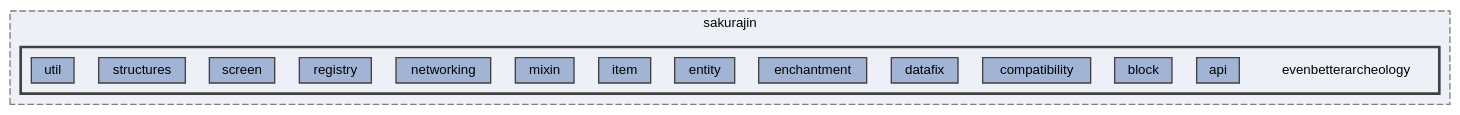
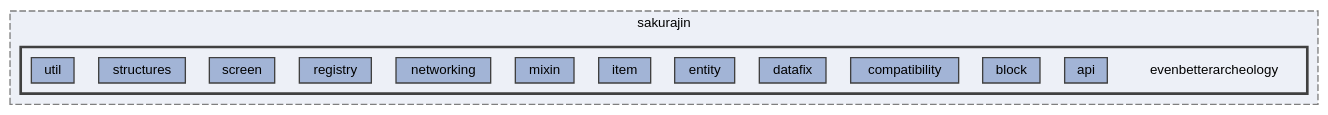
One commit to noah1510/EvenBetterArcheology changed the diagram in dir_4459306ccf045a10653468607035c2c5_dep.dot. Above: the diagram before and after it, drawn with Graphviz. The commit also changed 197 other files, not shown here.

```diff
--- a/dir_4459306ccf045a10653468607035c2c5_dep.dot
+++ b/dir_4459306ccf045a10653468607035c2c5_dep.dot
@@ -1,28 +1,27 @@
 digraph "evenbetterarcheology"
 {
  // LATEX_PDF_SIZE
   bgcolor="transparent";
   edge [fontname=Helvetica,fontsize=10,labelfontname=Helvetica,labelfontsize=10];
   node [fontname=Helvetica,fontsize=10,shape=box,height=0.2,width=0.4];
   compound=true
   subgraph clusterdir_e766e2ff9d7b99e1dc541850a451fd54 {
     graph [ bgcolor="#edf0f7", pencolor="grey50", label="sakurajin", fontname=Helvetica,fontsize=10 style="filled,dashed", URL="dir_e766e2ff9d7b99e1dc541850a451fd54.html",tooltip=""]
   subgraph clusterdir_4459306ccf045a10653468607035c2c5 {
     graph [ bgcolor="#edf0f7", pencolor="grey25", label="", fontname=Helvetica,fontsize=10 style="filled,bold", URL="dir_4459306ccf045a10653468607035c2c5.html",tooltip=""]
     dir_4459306ccf045a10653468607035c2c5 [shape=plaintext, label="evenbetterarcheology"];
   dir_57799d9d50d0036b87fa9ec9caa8eebf [label="api", fillcolor="#a2b4d6", color="grey25", style="filled", URL="dir_57799d9d50d0036b87fa9ec9caa8eebf.html",tooltip=""];
   dir_1738a2a0b38ad0c4c8a19b37b3593541 [label="block", fillcolor="#a2b4d6", color="grey25", style="filled", URL="dir_1738a2a0b38ad0c4c8a19b37b3593541.html",tooltip=""];
   dir_43d856a9607318a24ff78460221f87c7 [label="compatibility", fillcolor="#a2b4d6", color="grey25", style="filled", URL="dir_43d856a9607318a24ff78460221f87c7.html",tooltip=""];
   dir_4948e0111e013f3bb1727e5e83dbb0e2 [label="datafix", fillcolor="#a2b4d6", color="grey25", style="filled", URL="dir_4948e0111e013f3bb1727e5e83dbb0e2.html",tooltip=""];
-  dir_1755ad48b8f69a5b708869d54b3ec9ce [label="enchantment", fillcolor="#a2b4d6", color="grey25", style="filled", URL="dir_1755ad48b8f69a5b708869d54b3ec9ce.html",tooltip=""];
   dir_633912bb04ff9898484493ef4b78db89 [label="entity", fillcolor="#a2b4d6", color="grey25", style="filled", URL="dir_633912bb04ff9898484493ef4b78db89.html",tooltip=""];
   dir_119f13e9235d6949e8665af64b5cba82 [label="item", fillcolor="#a2b4d6", color="grey25", style="filled", URL="dir_119f13e9235d6949e8665af64b5cba82.html",tooltip=""];
   dir_e2923f6eb5bee160416695ae6f614e84 [label="mixin", fillcolor="#a2b4d6", color="grey25", style="filled", URL="dir_e2923f6eb5bee160416695ae6f614e84.html",tooltip=""];
   dir_91135077b18e22c4cdc588003091b8c7 [label="networking", fillcolor="#a2b4d6", color="grey25", style="filled", URL="dir_91135077b18e22c4cdc588003091b8c7.html",tooltip=""];
   dir_2e0c957d422ee0307fe60e25e8441260 [label="registry", fillcolor="#a2b4d6", color="grey25", style="filled", URL="dir_2e0c957d422ee0307fe60e25e8441260.html",tooltip=""];
   dir_5872fc0dcae002c71a14de3c65869135 [label="screen", fillcolor="#a2b4d6", color="grey25", style="filled", URL="dir_5872fc0dcae002c71a14de3c65869135.html",tooltip=""];
   dir_5d752779261a40c96170304cafcaa0a8 [label="structures", fillcolor="#a2b4d6", color="grey25", style="filled", URL="dir_5d752779261a40c96170304cafcaa0a8.html",tooltip=""];
   dir_0867bf94c6c743cad52f031635e5df48 [label="util", fillcolor="#a2b4d6", color="grey25", style="filled", URL="dir_0867bf94c6c743cad52f031635e5df48.html",tooltip=""];
   }
   }
 }
```
